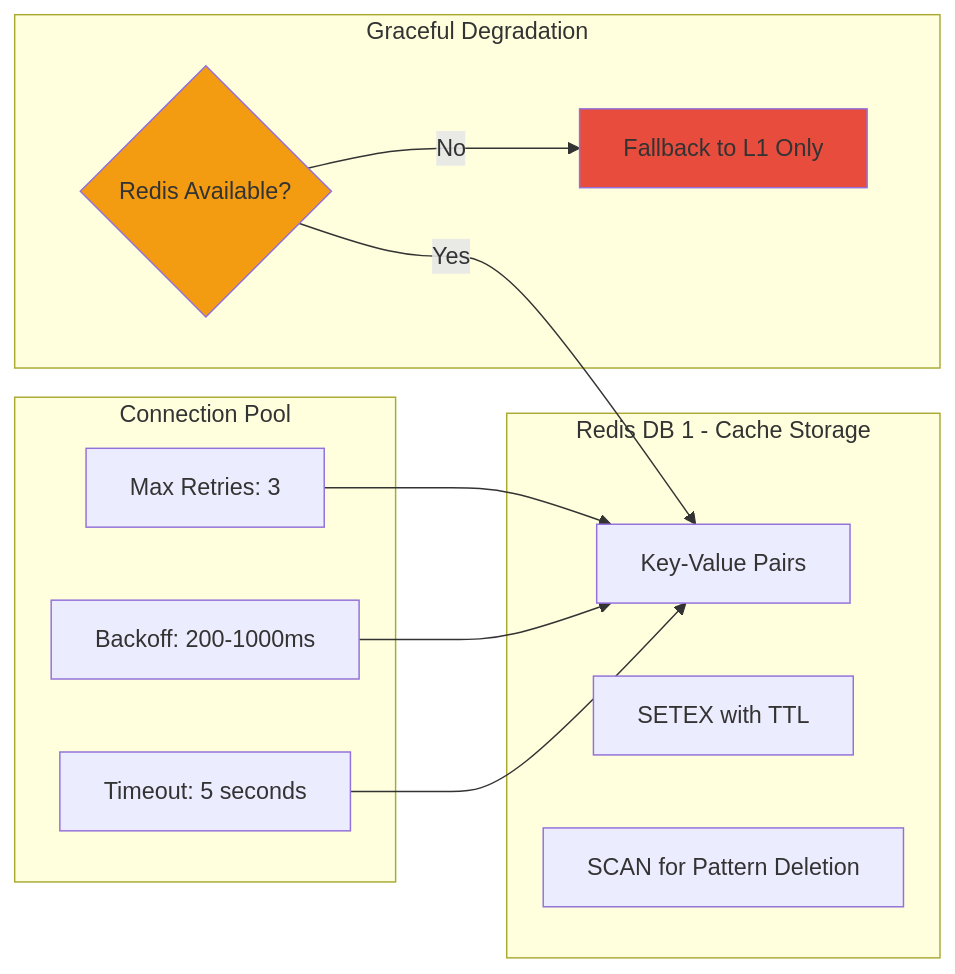
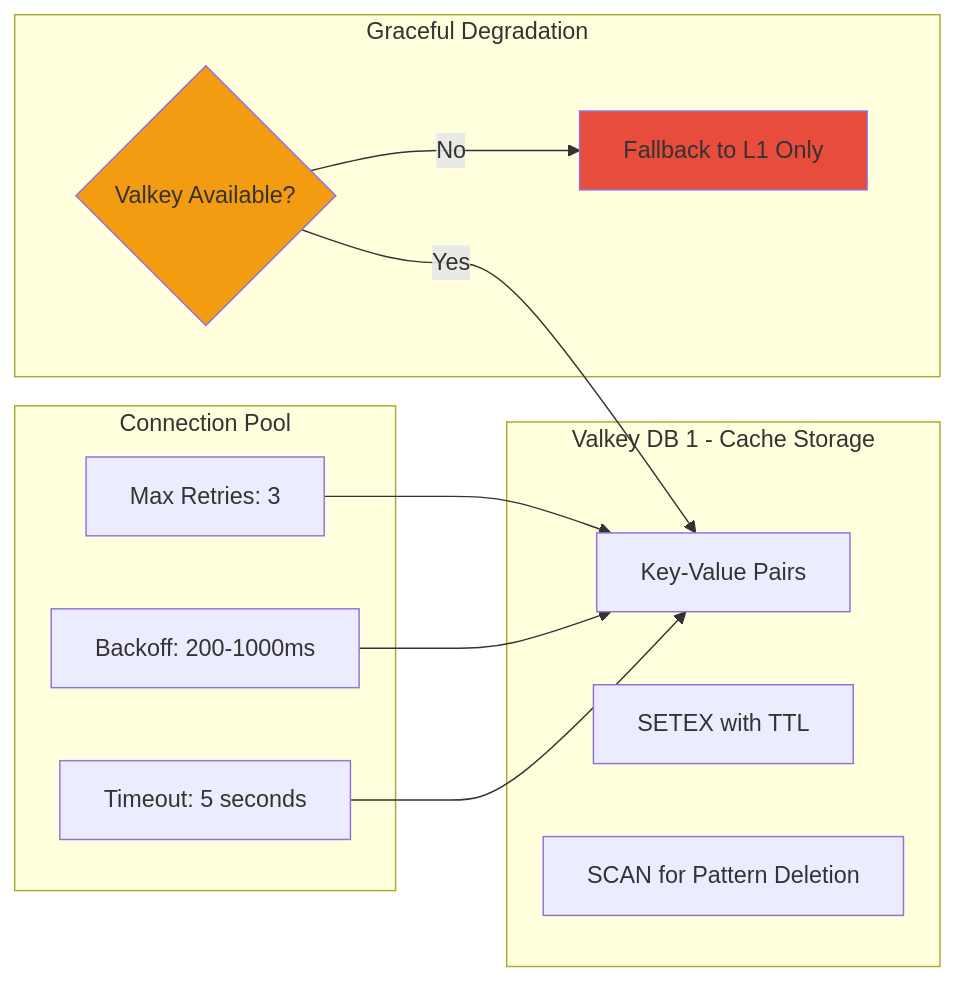
Before and after one commit to telemetryflow/telemetryflow-overview: the fifth of 54 diagrams in architecture/05-PERFORMANCE.md, drawn with Mermaid. The commit also changed other lines of this file and 23 other files, not shown here.

First line of the commit message:
docs: relabel Redis->Valkey in architecture/diagrams/prose (follow-up sweep)

````diff
--- a/architecture/05-PERFORMANCE.md
+++ b/architecture/05-PERFORMANCE.md
@@ -215,27 +215,27 @@
 ```mermaid
 graph LR
-    subgraph "Redis DB 1 - Cache Storage"
+    subgraph "Valkey DB 1 - Cache Storage"
         A[Key-Value Pairs]
         B[SETEX with TTL]
         C[SCAN for Pattern Deletion]
     end
 
     subgraph "Connection Pool"
         D[Max Retries: 3]
         E[Backoff: 200-1000ms]
         F[Timeout: 5 seconds]
     end
 
     subgraph "Graceful Degradation"
-        G{Redis Available?}
+        G{Valkey Available?}
         G -->|Yes| A
         G -->|No| H[Fallback to L1 Only]
     end
 
     D --> A
     E --> A
     F --> A
 
     style G fill:#f39c12
     style H fill:#e74c3c
 ```
````
